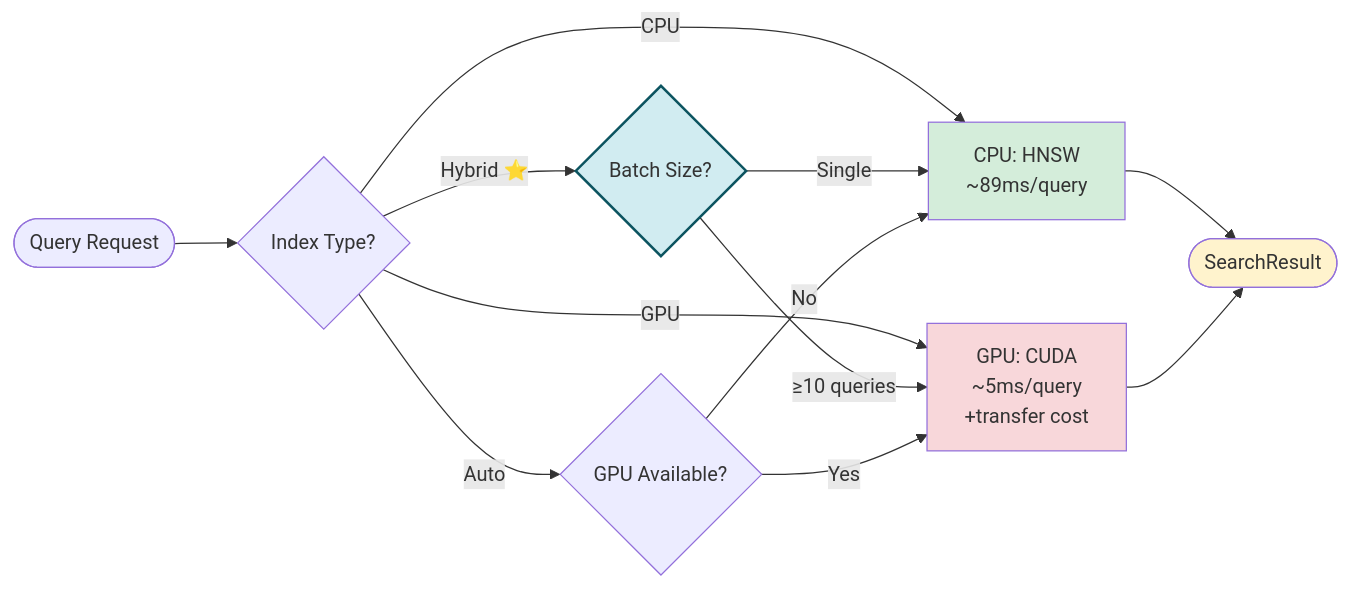
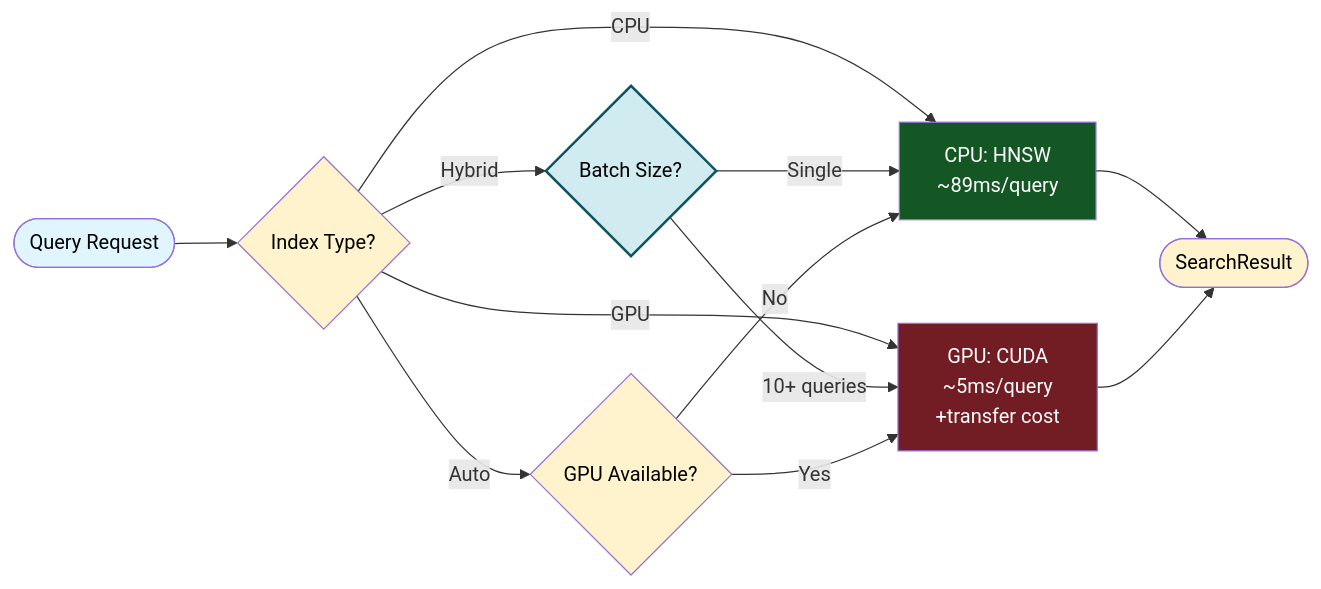
The second of 2 diagrams in README.md (michaelangelo23/jvectorcuda), drawn with Mermaid before and after one commit. The commit also changed other lines of this file, not shown here.

Commit message:
docs: add Roadmap section with future features

````diff
--- a/README.md
+++ b/README.md
@@ -100,25 +107,28 @@
 ```mermaid
 flowchart LR
     Start([Query Request])
     
     Start --> IndexType{Index Type?}
     
-    IndexType -->|Hybrid ⭐| Smart{Batch Size?}
+    IndexType -->|Hybrid| Smart{Batch Size?}
     IndexType -->|Auto| GPUCheck{GPU Available?}
     IndexType -->|CPU| CPUPath[CPU: HNSW<br/>~89ms/query]
     IndexType -->|GPU| GPUPath[GPU: CUDA<br/>~5ms/query<br/>+transfer cost]
     
     Smart -->|Single| CPUPath
-    Smart -->|≥10 queries| GPUPath
+    Smart -->|10+ queries| GPUPath
     
     GPUCheck -->|Yes| GPUPath
     GPUCheck -->|No| CPUPath
     
     CPUPath --> Result([SearchResult])
     GPUPath --> Result
     
-    style Smart fill:#d1ecf1,stroke:#0c5460,stroke-width:2px
-    style CPUPath fill:#d4edda
-    style GPUPath fill:#f8d7da
-    style Result fill:#fff3cd
+    style Start fill:#e1f5ff,color:#000
+    style IndexType fill:#fff3cd,color:#000
+    style Smart fill:#d1ecf1,stroke:#0c5460,stroke-width:2px,color:#000
+    style GPUCheck fill:#fff3cd,color:#000
+    style CPUPath fill:#155724,color:#fff
+    style GPUPath fill:#721c24,color:#fff
+    style Result fill:#fff3cd,color:#000
 ```
````
